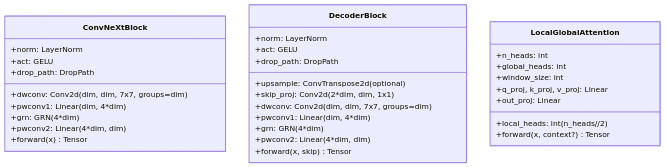
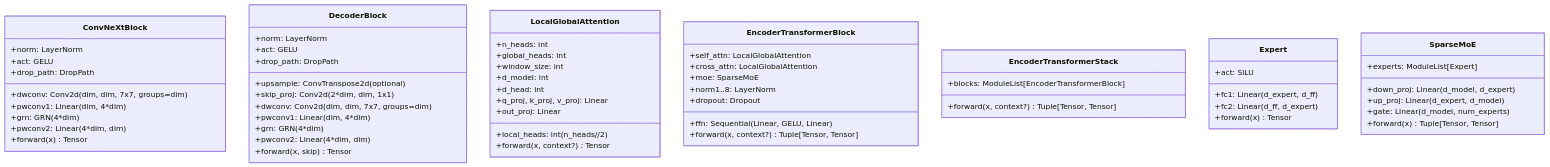
One commit to hoangtung386/Prometheus changed the first of 8 diagrams in docs/Architecture.md. Above: the diagram before and after it, drawn with Mermaid. The commit also changed other lines of this file, not shown here.

Commit message:
Fix remaining mermaid diagrams: add missing classes to hierarchy, fix disconnected nodes in LGA, fix residual labels in transformer block

````diff
--- a/docs/Architecture.md
+++ b/docs/Architecture.md
@@ -26,37 +26,69 @@
 ```mermaid
 classDiagram
     class ConvNeXtBlock {
         +dwconv: Conv2d(dim, dim, 7x7, groups=dim)
         +norm: LayerNorm
         +pwconv1: Linear(dim, 4*dim)
         +act: GELU
         +grn: GRN(4*dim)
         +pwconv2: Linear(4*dim, dim)
         +drop_path: DropPath
         +forward(x) Tensor
     }
 
     class DecoderBlock {
         +upsample: ConvTranspose2d (optional)
         +skip_proj: Conv2d(2*dim, dim, 1x1)
         +dwconv: Conv2d(dim, dim, 7x7, groups=dim)
         +norm: LayerNorm
         +pwconv1: Linear(dim, 4*dim)
         +act: GELU
         +grn: GRN(4*dim)
         +pwconv2: Linear(4*dim, dim)
         +drop_path: DropPath
         +forward(x, skip) Tensor
     }
 
     class LocalGlobalAttention {
         +n_heads: int
         +local_heads: int (n_heads//2)
         +global_heads: int
         +window_size: int
+        +d_model: int
+        +d_head: int
         +q_proj, k_proj, v_proj: Linear
         +out_proj: Linear
         +forward(x, context?) Tensor
     }
 
+    class EncoderTransformerBlock {
+        +self_attn: LocalGlobalAttention
+        +ffn: Sequential(Linear, GELU, Linear)
+        +cross_attn: LocalGlobalAttention
+        +moe: SparseMoE
+        +norm1..8: LayerNorm
+        +dropout: Dropout
+        +forward(x, context?) Tuple[Tensor, Tensor]
+    }
+
+    class EncoderTransformerStack {
+        +blocks: ModuleList[EncoderTransformerBlock]
+        +forward(x, context?) Tuple[Tensor, Tensor]
+    }
+
+    class Expert {
+        +fc1: Linear(d_expert, d_ff)
+        +act: SiLU
+        +fc2: Linear(d_ff, d_expert)
+        +forward(x) Tensor
+    }
+
+    class SparseMoE {
+        +down_proj: Linear(d_model, d_expert)
+        +up_proj: Linear(d_expert, d_model)
+        +gate: Linear(d_model, num_experts)
+        +experts: ModuleList[Expert]
+        +forward(x) Tuple[Tensor, Tensor]
+    }
+
 ```
````
